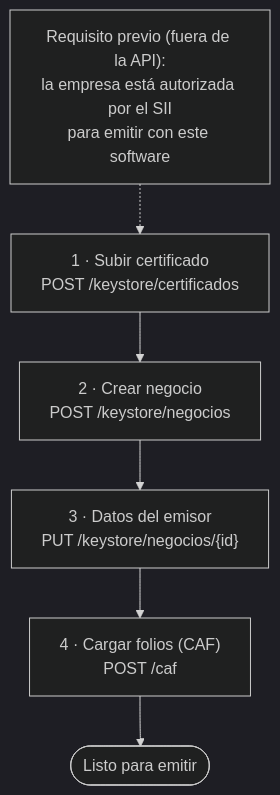
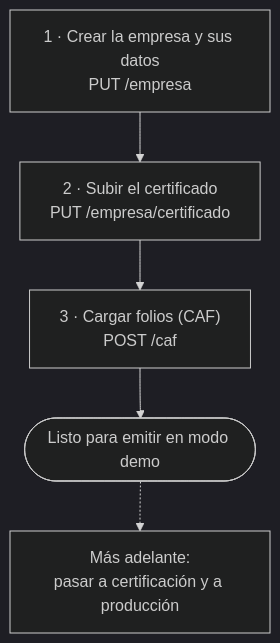
Before and after one commit to rashArt/faro-dte: the diagram in manual/docs/guias/configurar-empresa.md, drawn with Mermaid (dark theme). The commit also changed other lines of this file and 63 other files, not shown here.

First line of the commit message:
Fase 7: una empresa por instancia, ambiente de la empresa por API y CAF con vigencia

````diff
--- a/manual/docs/guias/configurar-empresa.md
+++ b/manual/docs/guias/configurar-empresa.md
@@ -10,8 +18,7 @@
 ```mermaid
 flowchart TB
-    A["1 · Subir certificado<br/>POST /keystore/certificados"] --> B["2 · Crear negocio<br/>POST /keystore/negocios"]
-    B --> C["3 · Datos del emisor<br/>PUT /keystore/negocios/{id}"]
-    C --> D["4 · Cargar folios (CAF)<br/>POST /caf"]
-    D --> E(["Listo para emitir"])
-    P["Requisito previo (fuera de la API):<br/>la empresa está autorizada por el SII<br/>para emitir con este software"] -.-> A
+    A["1 · Crear la empresa y sus datos<br/>PUT /empresa"] --> B["2 · Subir el certificado<br/>PUT /empresa/certificado"]
+    B --> C["3 · Cargar folios (CAF)<br/>POST /caf"]
+    C --> D(["Listo para emitir en modo demo"])
+    D -.-> E["Más adelante:<br/>pasar a certificación y a producción"]
 ```
````
